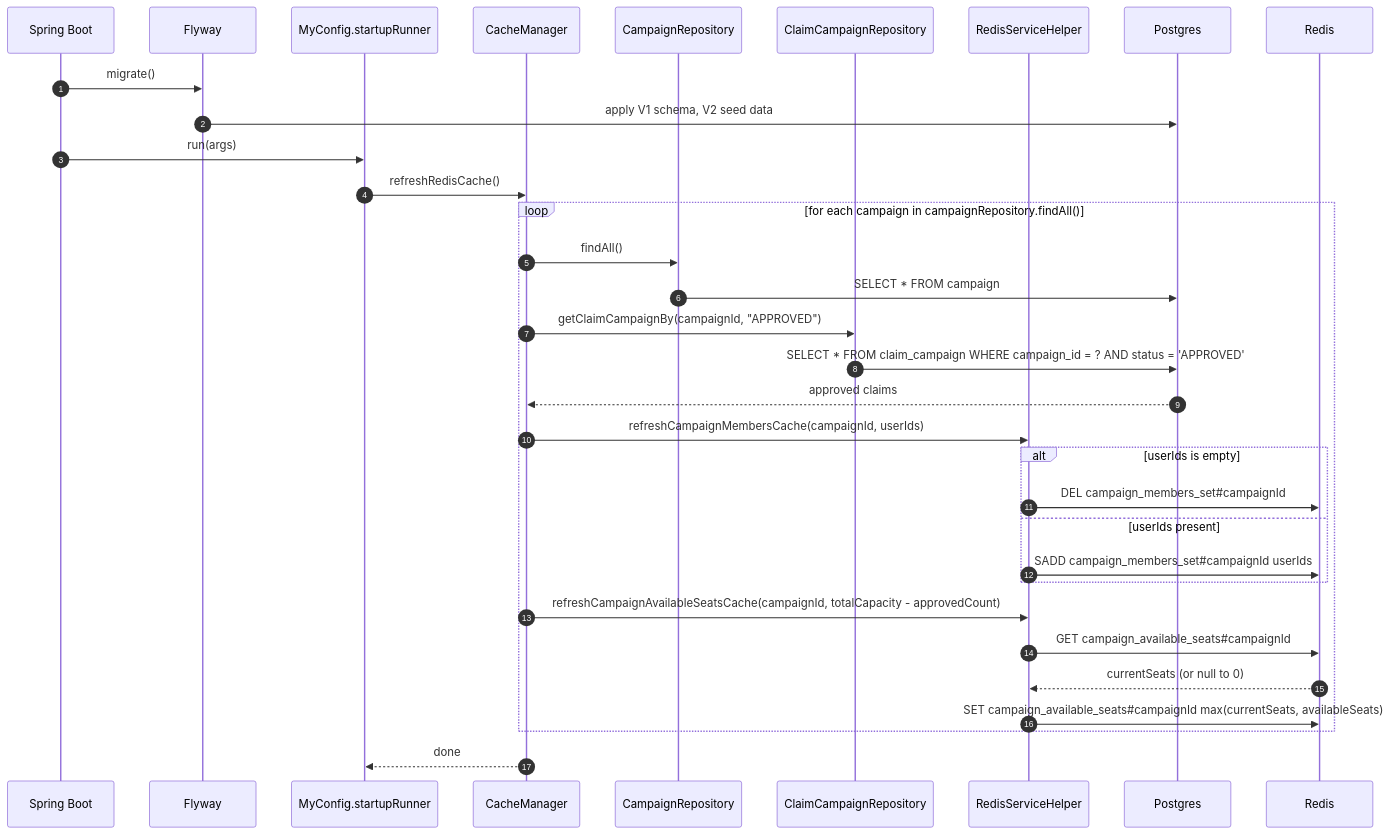
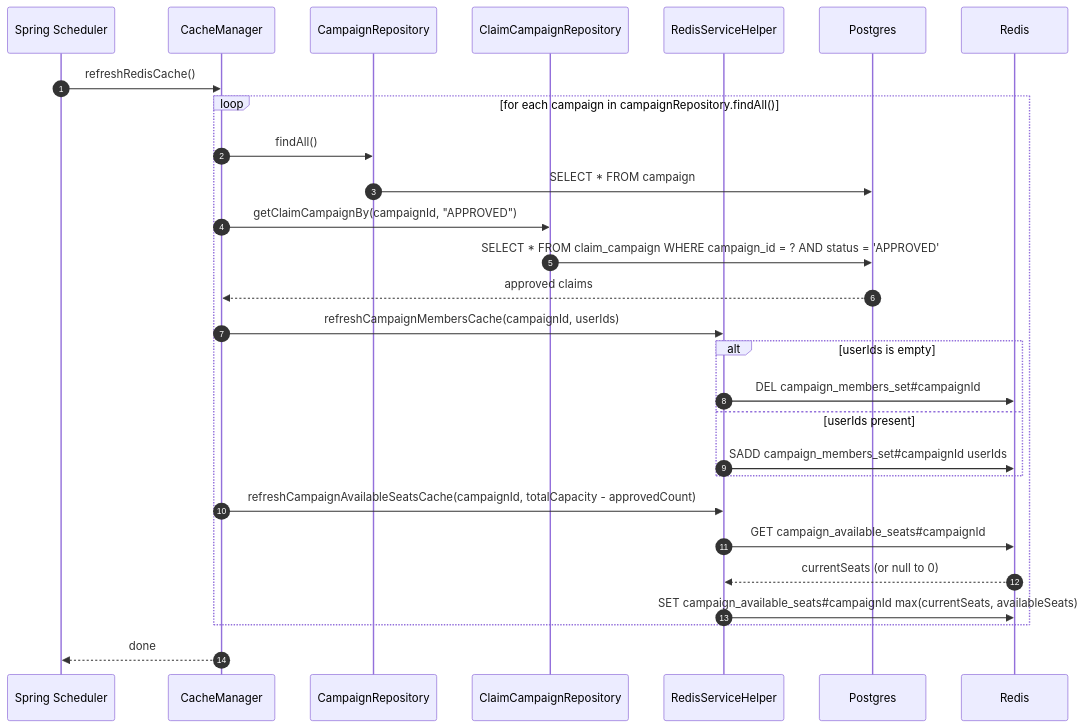
The second of 7 diagrams in docs/sequence_diagram.md (tongoclongho/demo-campaign-java), drawn with Mermaid before and after one commit. The commit also changed other lines of this file and 28 other files, not shown here.

````diff
--- a/docs/sequence_diagram.md
+++ b/docs/sequence_diagram.md
@@ -7,40 +27,36 @@
 ```mermaid
 sequenceDiagram
     autonumber
-    participant BOOT as Spring Boot
-    participant FW as Flyway
-    participant RUN as MyConfig.startupRunner
+    participant BOOT as Spring Scheduler
     participant CM as CacheManager
     participant CR as CampaignRepository
     participant CCR as ClaimCampaignRepository
     participant RSH as RedisServiceHelper
     participant PG as Postgres
     participant RD as Redis
 
-    BOOT->>FW: migrate()
-    FW->>PG: apply V1 schema, V2 seed data
-    BOOT->>RUN: run(args)
-    RUN->>CM: refreshRedisCache()
+   
+    BOOT->>CM: refreshRedisCache()
 
     loop for each campaign in campaignRepository.findAll()
         CM->>CR: findAll()
         CR->>PG: SELECT * FROM campaign
         CM->>CCR: getClaimCampaignBy(campaignId, "APPROVED")
         CCR->>PG: SELECT * FROM claim_campaign WHERE campaign_id = ? AND status = 'APPROVED'
         PG-->>CM: approved claims
         CM->>RSH: refreshCampaignMembersCache(campaignId, userIds)
 
         alt userIds is empty
             RSH->>RD: DEL campaign_members_set#35;campaignId
         else userIds present
             RSH->>RD: SADD campaign_members_set#35;campaignId userIds
         end
 
         CM->>RSH: refreshCampaignAvailableSeatsCache(campaignId, totalCapacity - approvedCount)
         RSH->>RD: GET campaign_available_seats#35;campaignId
         RD-->>RSH: currentSeats (or null to 0)
         RSH->>RD: SET campaign_available_seats#35;campaignId max(currentSeats, availableSeats)
     end
 
-    CM-->>RUN: done
+    CM-->>BOOT: done
 ```
````
